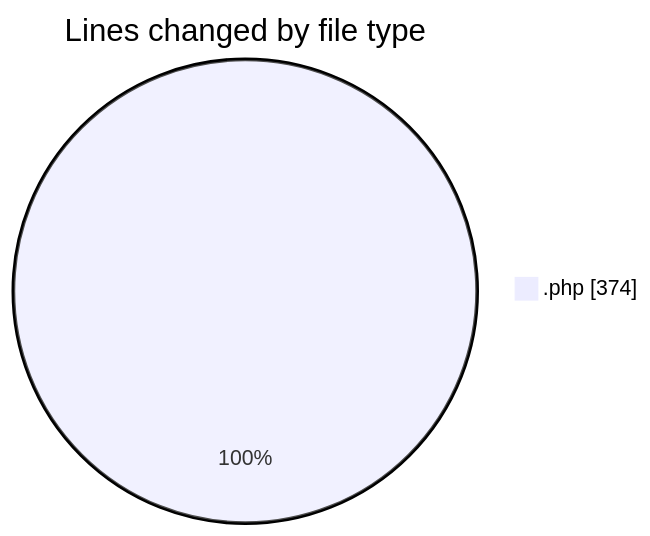
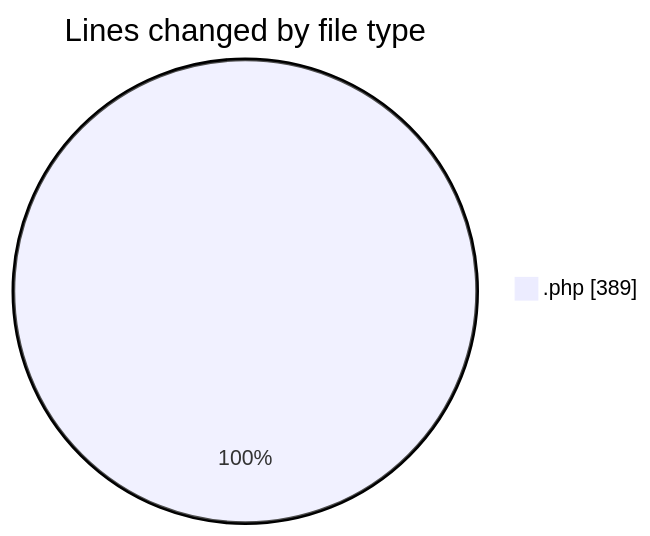
Before and after one commit to idhammustaqopulfikri/code-tracking: the first of 2 diagrams in 2025-05-28/studio-backend/README.md, drawn with Mermaid. The commit also changed other lines of this file and 1 other file, not shown here.

````diff
--- a/2025-05-28/studio-backend/README.md
+++ b/2025-05-28/studio-backend/README.md
@@ -25,5 +25,5 @@
 ```mermaid
 pie showData
 title Lines changed by file type
-".php" : 374
+".php" : 389
 ```
````
